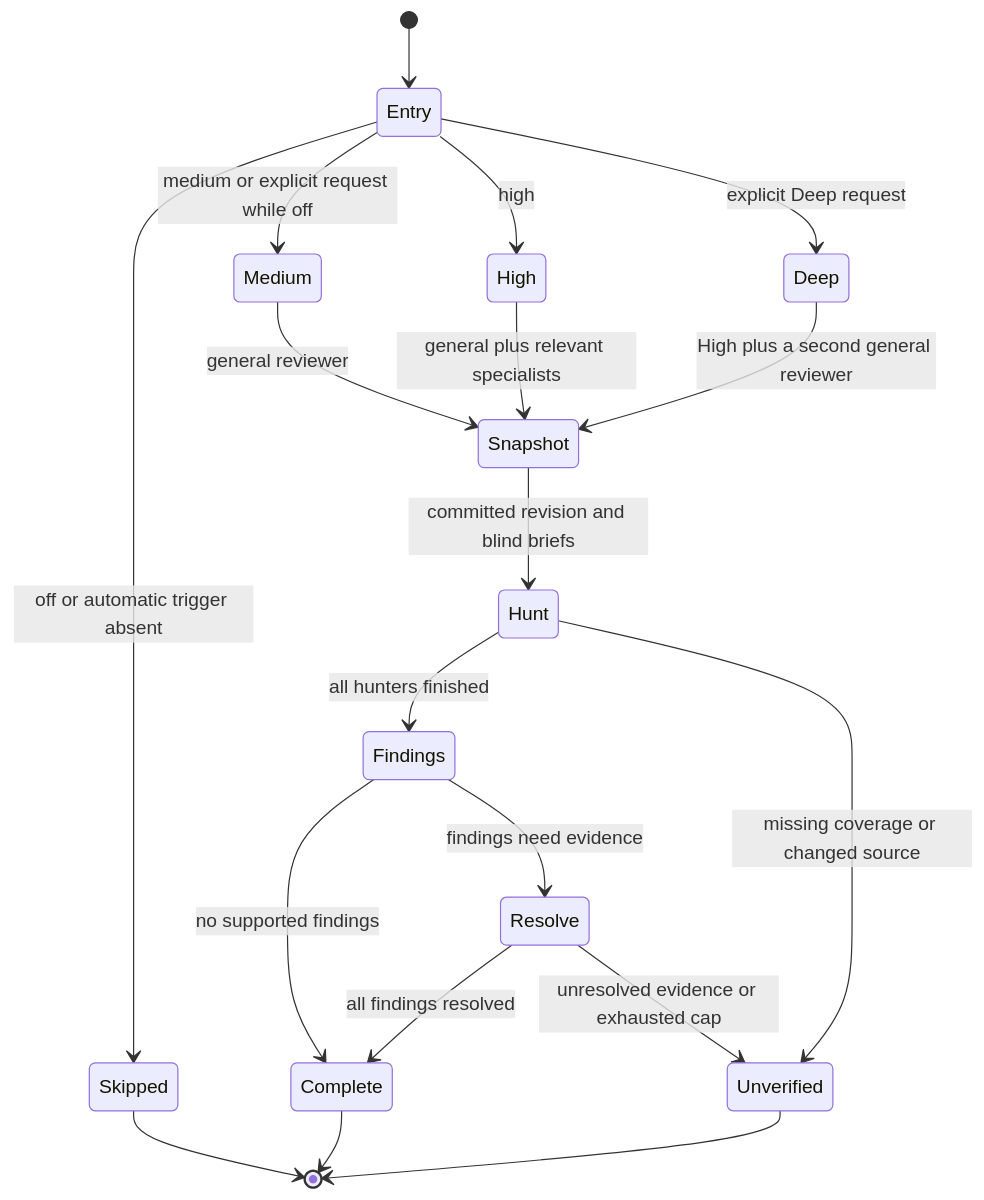
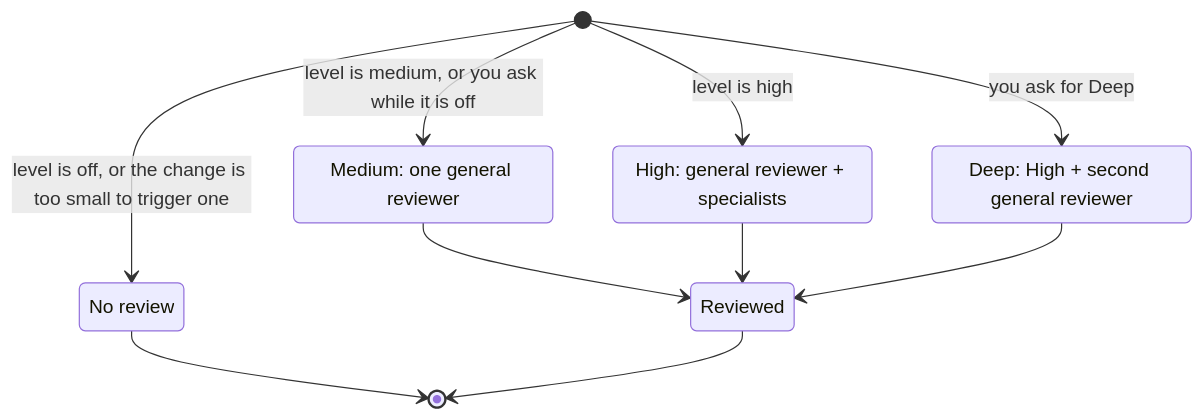
Before and after one commit to jvillegasd/harness: the first of 2 diagrams in docs/review.md, drawn with Mermaid. The commit also changed other lines of this file and 3 other files, not shown here.

````diff
--- a/docs/review.md
+++ b/docs/review.md
@@ -13,21 +28,17 @@
 ```mermaid
 stateDiagram-v2
-  [*] --> Entry
-  Entry --> Skipped: off or automatic trigger absent
-  Entry --> Medium: medium or explicit request while off
-  Entry --> High: high
-  Entry --> Deep: explicit Deep request
-  Medium --> Snapshot: general reviewer
-  High --> Snapshot: general plus relevant specialists
-  Deep --> Snapshot: High plus a second general reviewer
-  Snapshot --> Hunt: committed revision and blind briefs
-  Hunt --> Findings: all hunters finished
-  Hunt --> Unverified: missing coverage or changed source
-  Findings --> Complete: no supported findings
-  Findings --> Resolve: findings need evidence
-  Resolve --> Complete: all findings resolved
-  Resolve --> Unverified: unresolved evidence or exhausted cap
+  state "No review" as Skipped
+  state "Medium: one general reviewer" as Medium
+  state "High: general reviewer + specialists" as High
+  state "Deep: High + second general reviewer" as Deep
+
+  [*] --> Skipped: level is off, or the change is too small to trigger one
+  [*] --> Medium: level is medium, or you ask while it is off
+  [*] --> High: level is high
+  [*] --> Deep: you ask for Deep
+  Medium --> Reviewed
+  High --> Reviewed
+  Deep --> Reviewed
   Skipped --> [*]
-  Complete --> [*]
-  Unverified --> [*]
+  Reviewed --> [*]
 ```
````
